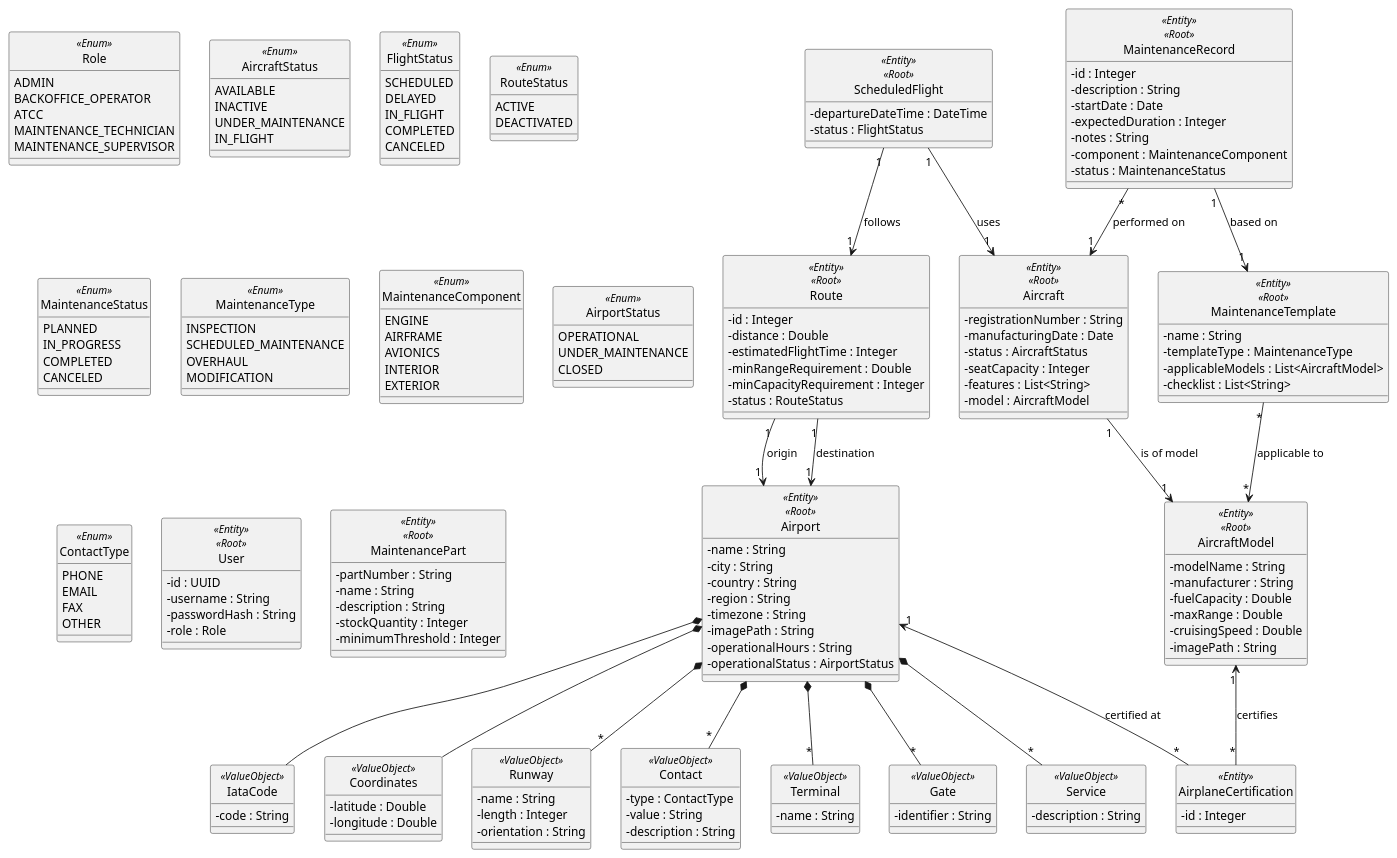
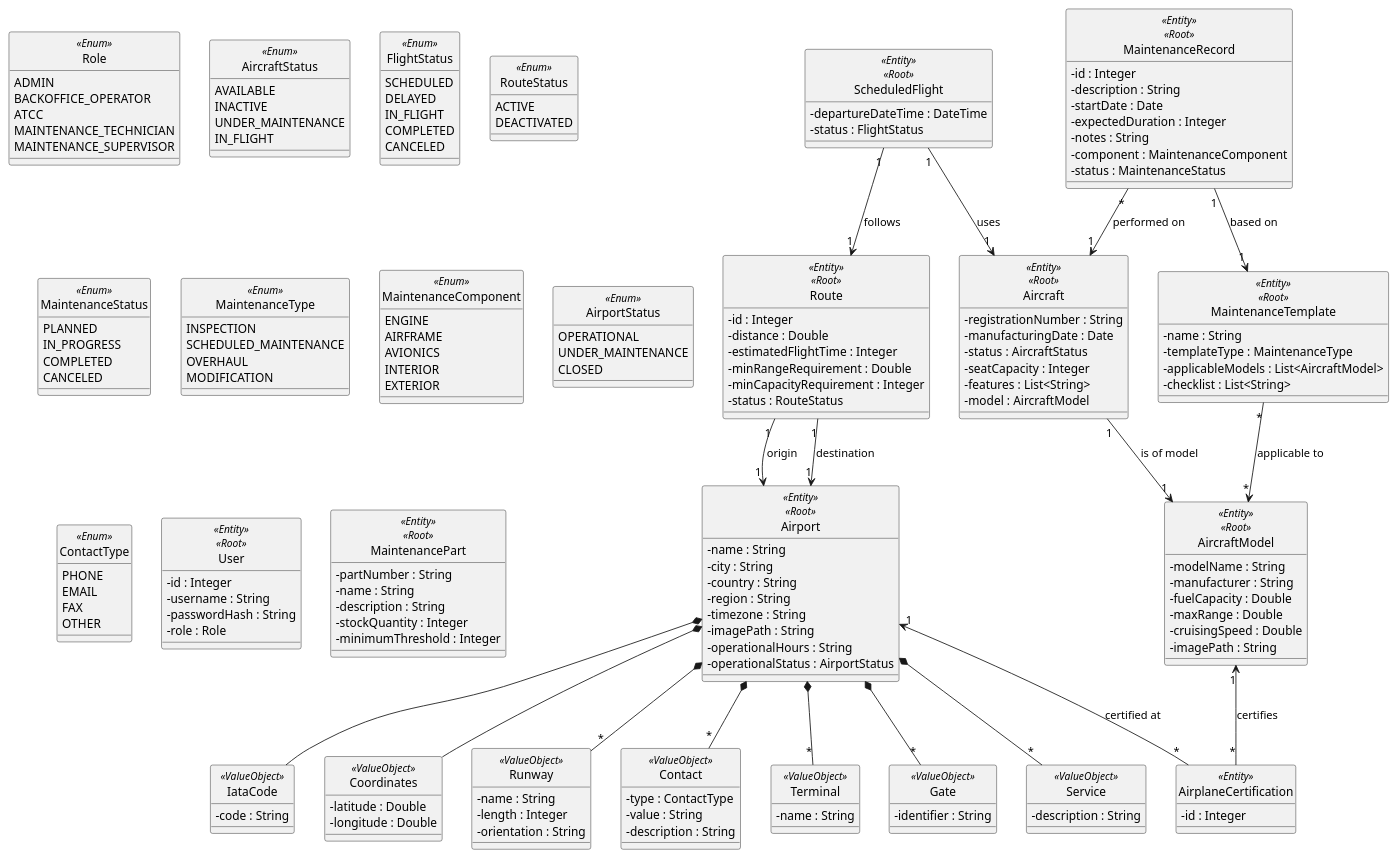
The diagram in docs/system-documentation/global-artifacts/puml/DM.puml (VascoMagolo/psoft_1231562_1241692_1242036_2db), drawn with PlantUML before and after one commit. The commit also changed 8 other files, not shown here.

```diff
--- a/docs/system-documentation/global-artifacts/puml/DM.puml
+++ b/docs/system-documentation/global-artifacts/puml/DM.puml
@@ -100,7 +100,7 @@
 }
 
 class User <<Entity>> <<Root>> {
-  - id : UUID
+  - id : Integer
   - username : String
   - passwordHash : String
   - role : Role
```
